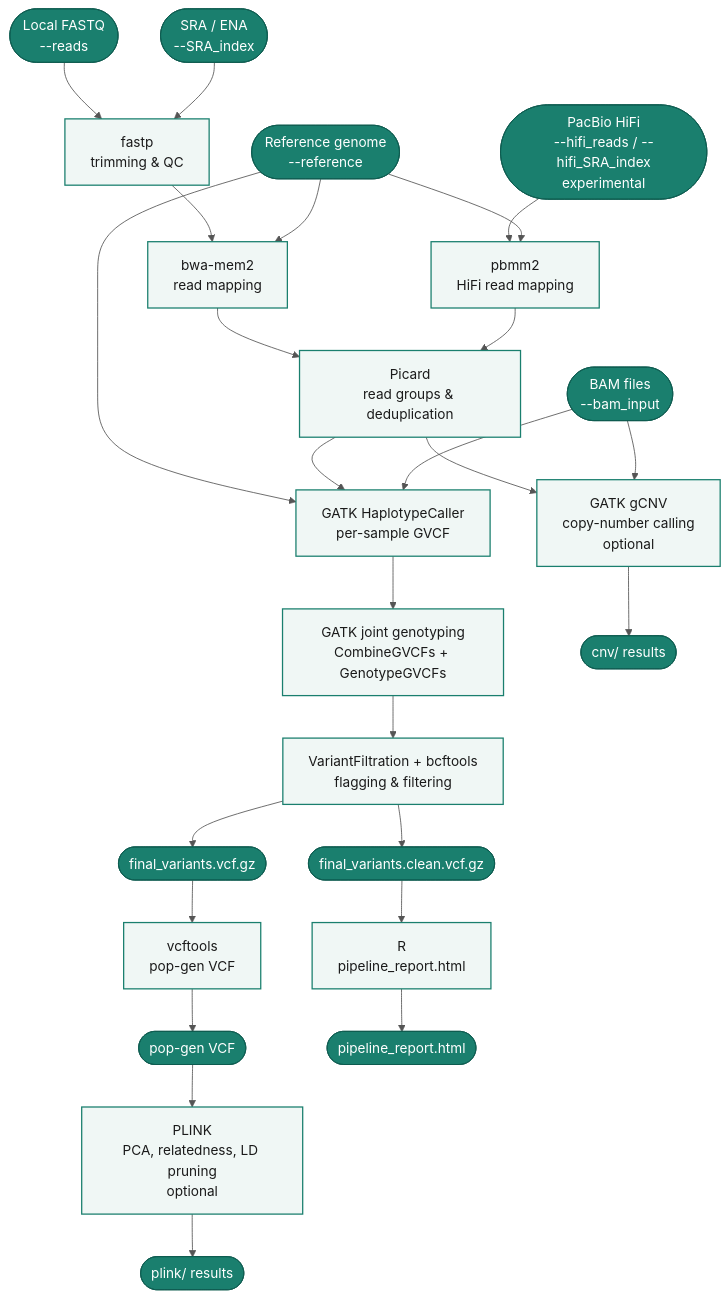
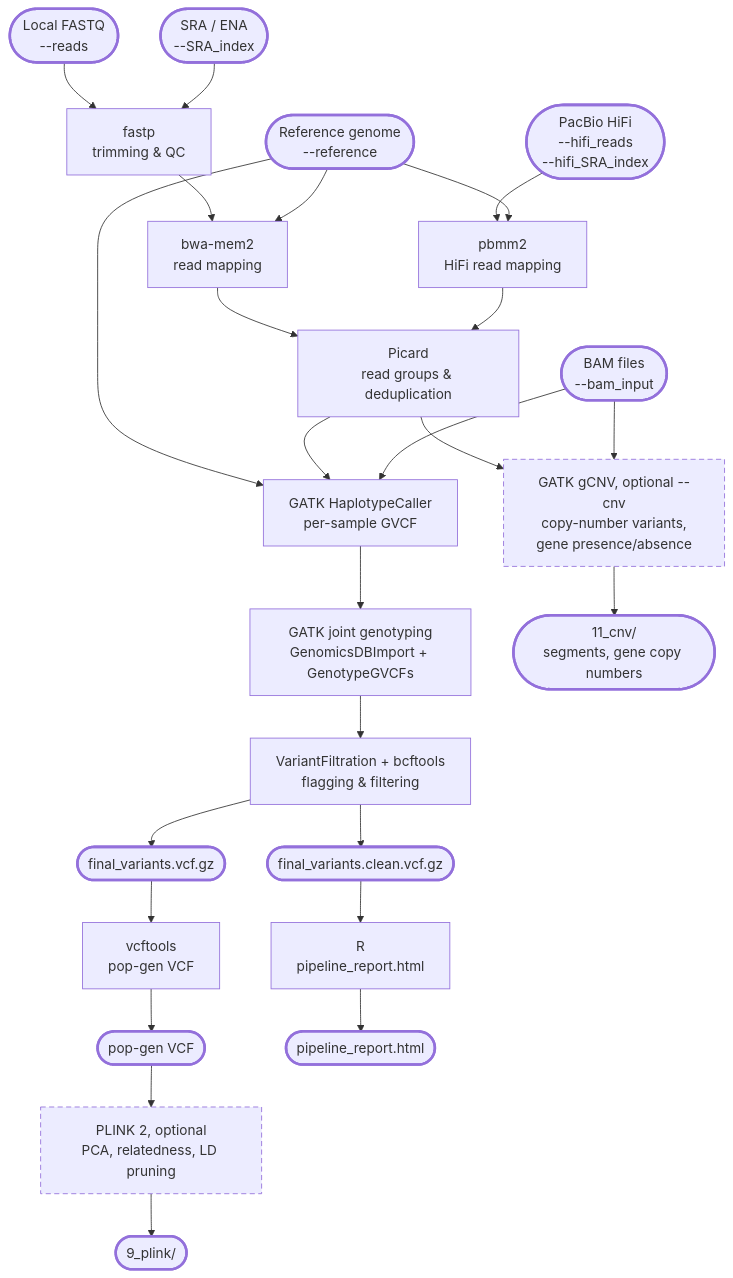
One commit to crolllab/genomepanel_nf changed the diagram in docs/index.md. Above: the diagram before and after it, drawn with Mermaid. The commit also changed other lines of this file and 4 other files, not shown here.

First line of the commit message:
Docs: surface CNV calling on the landing page, readable pipeline diagram, HiFi no longer experimental

````diff
--- a/docs/index.md
+++ b/docs/index.md
@@ -21,56 +23,55 @@
 ```mermaid
-%%{init: {"theme": "base", "themeVariables": {"fontSize": "16px", "primaryColor": "#f0f7f5", "primaryBorderColor": "#1a7f6e", "primaryTextColor": "#1a1a1a", "lineColor": "#555"}}}%%
 flowchart TD
-    classDef io fill:#1a7f6e,color:#fff,stroke:#0d5c50
-    classDef step fill:#f0f7f5,color:#1a1a1a,stroke:#1a7f6e,stroke-width:1.5px
+    classDef io stroke-width:3px
+    classDef opt stroke-dasharray:6 4
 
-    A1([Local FASTQ\n--reads]):::io
-    A2([SRA / ENA\n--SRA_index]):::io
-    A3([BAM files\n--bam_input]):::io
-    A4([PacBio HiFi\n--hifi_reads / --hifi_SRA_index\nexperimental]):::io
-    REF([Reference genome\n--reference]):::io
+    A1([Local FASTQ<br/>--reads]):::io
+    A2([SRA / ENA<br/>--SRA_index]):::io
+    A3([BAM files<br/>--bam_input]):::io
+    A4([PacBio HiFi<br/>--hifi_reads<br/>--hifi_SRA_index]):::io
+    REF([Reference genome<br/>--reference]):::io
 
-    T[fastp\ntrimming & QC]:::step
-    M[bwa-mem2\nread mapping]:::step
-    MH[pbmm2\nHiFi read mapping]:::step
-    D[Picard\nread groups & deduplication]:::step
-    HC[GATK HaplotypeCaller\nper-sample GVCF]:::step
-    JG[GATK joint genotyping\nCombineGVCFs + GenotypeGVCFs]:::step
-    VF[VariantFiltration + bcftools\nflagging & filtering]:::step
-    PG[vcftools\npop-gen VCF]:::step
-    PL[PLINK\nPCA, relatedness, LD pruning\noptional]:::step
-    CN[GATK gCNV\ncopy-number calling\noptional]:::step
-    QC[R\npipeline_report.html]:::step
+    T[fastp<br/>trimming & QC]
+    M[bwa-mem2<br/>read mapping]
+    MH[pbmm2<br/>HiFi read mapping]
+    D[Picard<br/>read groups & deduplication]
+    HC[GATK HaplotypeCaller<br/>per-sample GVCF]
+    JG[GATK joint genotyping<br/>GenomicsDBImport + GenotypeGVCFs]
+    VF[VariantFiltration + bcftools<br/>flagging & filtering]
+    PG[vcftools<br/>pop-gen VCF]
+    PL[PLINK 2, optional<br/>PCA, relatedness, LD pruning]:::opt
+    CN[GATK gCNV, optional --cnv<br/>copy-number variants,<br/>gene presence/absence]:::opt
+    QC[R<br/>pipeline_report.html]
 
     O1([final_variants.vcf.gz]):::io
     O2([final_variants.clean.vcf.gz]):::io
     O3([pop-gen VCF]):::io
     O4([pipeline_report.html]):::io
-    O5([plink/ results]):::io
-    O6([cnv/ results]):::io
+    O5([9_plink/]):::io
+    O6([11_cnv/<br/>segments, gene copy numbers]):::io
 
     A1 --> T
     A2 --> T
     T --> M
     REF --> M
     REF --> HC
     M --> D
     A4 --> MH
     REF --> MH
     MH --> D
     D --> HC
     A3 --> HC
     HC --> JG
     JG --> VF
     VF --> O1
     VF --> O2
     O1 --> PG
     PG --> O3
     O3 --> PL
     PL --> O5
     D --> CN
     A3 --> CN
     CN --> O6
     O2 --> QC
     QC --> O4
 ```
````
